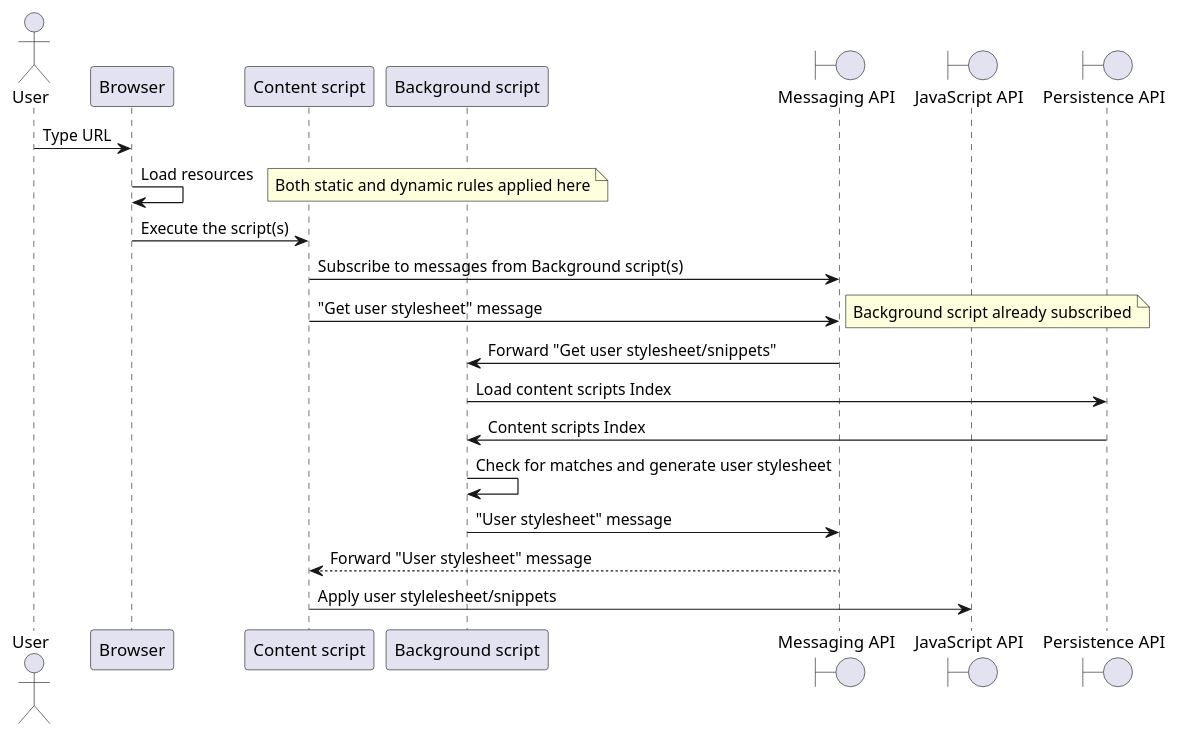
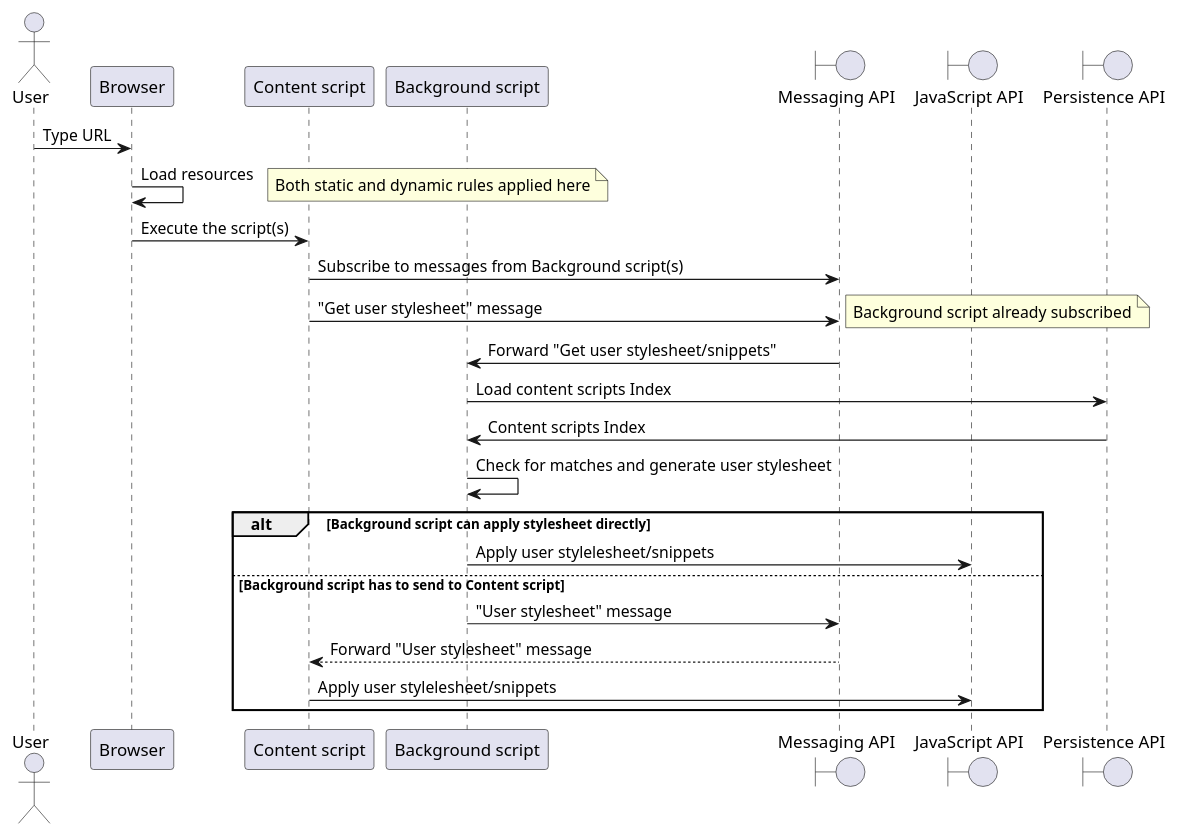
The diagram in use_case_page_navigation.puml (4ntoine/mv3_spec_c4), drawn with PlantUML before and after one commit. The commit also changed 1 other file, not shown here.

```diff
--- a/use_case_page_navigation.puml
+++ b/use_case_page_navigation.puml
@@ -1,26 +1,30 @@
 @startuml
 
 actor User as user
 participant Browser             as browser
 participant "Content script"    as contentScript
 participant "Background script" as bgScript
 boundary "Messaging API"        as messagingApi
 boundary "JavaScript API"       as jsApi
 boundary "Persistence API"      as persistenceApi
 
 user -> browser : Type URL
 browser -> browser : Load resources
 note right: Both static and dynamic rules applied here
 browser -> contentScript : Execute the script(s)
 contentScript -> messagingApi : Subscribe to messages from Background script(s)
 contentScript -> messagingApi : "Get user stylesheet" message
 note right: Background script already subscribed
 messagingApi -> bgScript : Forward "Get user stylesheet/snippets"
 bgScript -> persistenceApi : Load content scripts Index
 persistenceApi -> bgScript : Content scripts Index
 bgScript -> bgScript : Check for matches and generate user stylesheet
-bgScript -> messagingApi : "User stylesheet" message
-messagingApi --> contentScript : Forward "User stylesheet" message
-contentScript -> jsApi : Apply user stylelesheet/snippets
+alt Background script can apply stylesheet directly
+  bgScript -> jsApi : Apply user stylelesheet/snippets
+else Background script has to send to Content script
+  bgScript -> messagingApi : "User stylesheet" message
+  messagingApi --> contentScript : Forward "User stylesheet" message
+  contentScript -> jsApi : Apply user stylelesheet/snippets
+end
 
 @enduml
```
